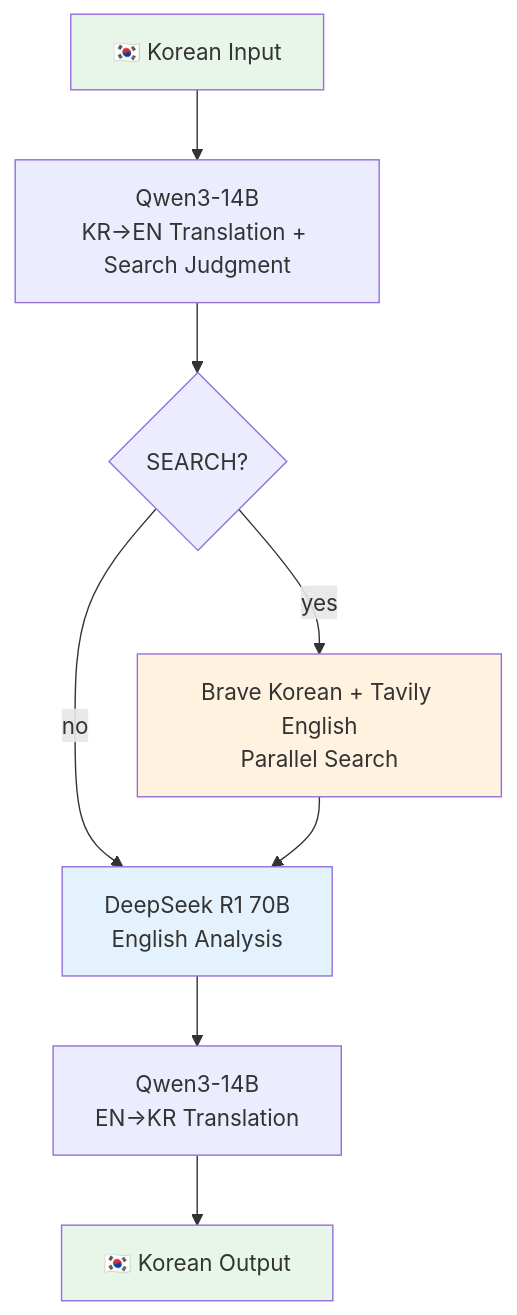
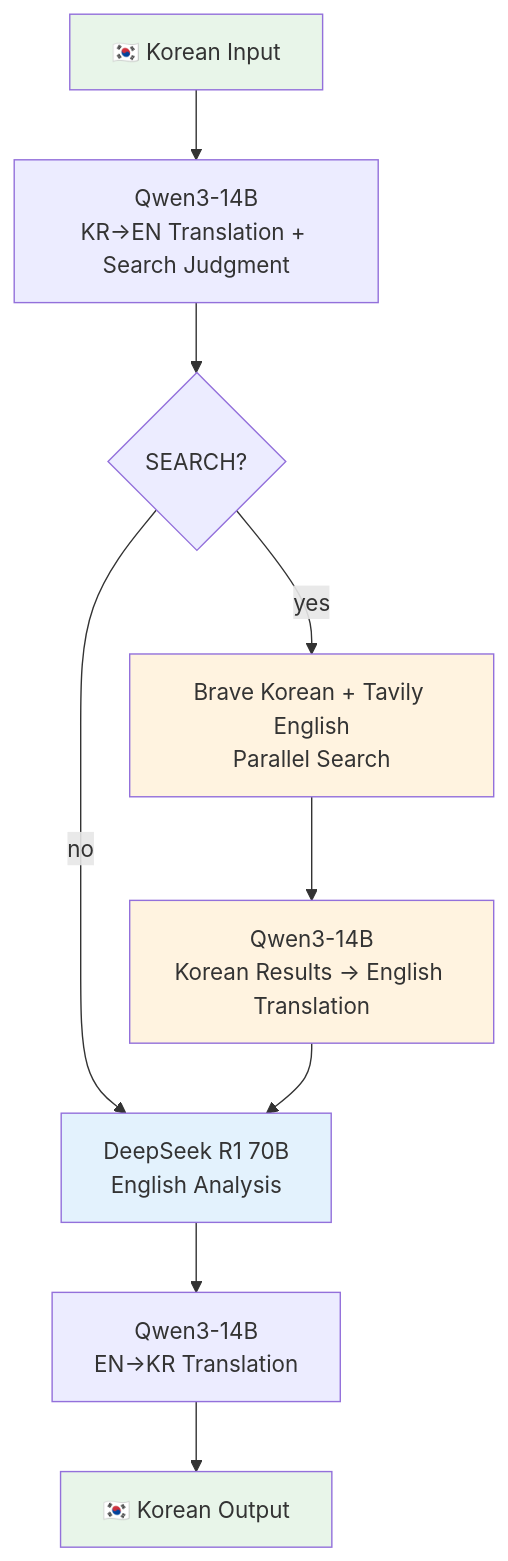
One commit to WoojinAhn/local-llm-pipeline changed the second of 2 diagrams in README.md. Above: the diagram before and after it, drawn with Mermaid. The commit also changed other lines of this file and 1 other file, not shown here.

Commit message:
docs: sync CLAUDE.md and README with current implementation
- Architecture: Korean search results translated to English before DeepSeek
- Known Issues: DeepSeek Korean context limitation, knowledge gap with search
- Mermaid diagrams: added Korean result translation step
- Improvement Ideas: added TUI interface #8

````diff
--- a/README.md
+++ b/README.md
@@ -173,15 +175,17 @@
 ```mermaid
 flowchart TD
     A["🇰🇷 Korean Input"] --> B["Qwen3-14B<br/>KR→EN Translation + Search Judgment"]
     B --> C{SEARCH?}
     C -->|yes| D["Brave Korean + Tavily English<br/>Parallel Search"]
     C -->|no| E["DeepSeek R1 70B<br/>English Analysis"]
-    D --> E
+    D --> D2["Qwen3-14B<br/>Korean Results → English Translation"]
+    D2 --> E
     E --> F["Qwen3-14B<br/>EN→KR Translation"]
     F --> G["🇰🇷 Korean Output"]
 
     style A fill:#e8f5e9
     style G fill:#e8f5e9
     style D fill:#fff3e0
+    style D2 fill:#fff3e0
     style E fill:#e3f2fd
 ```
````
